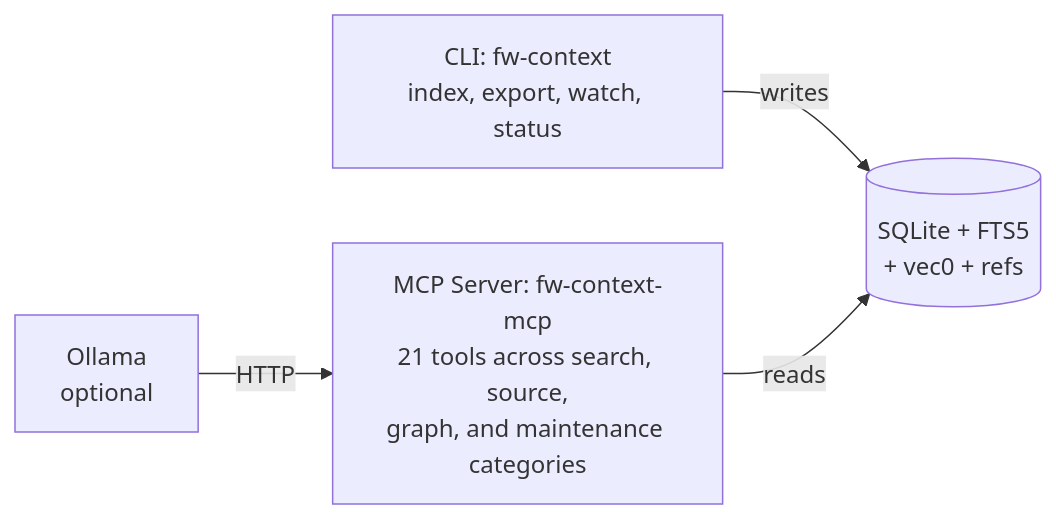
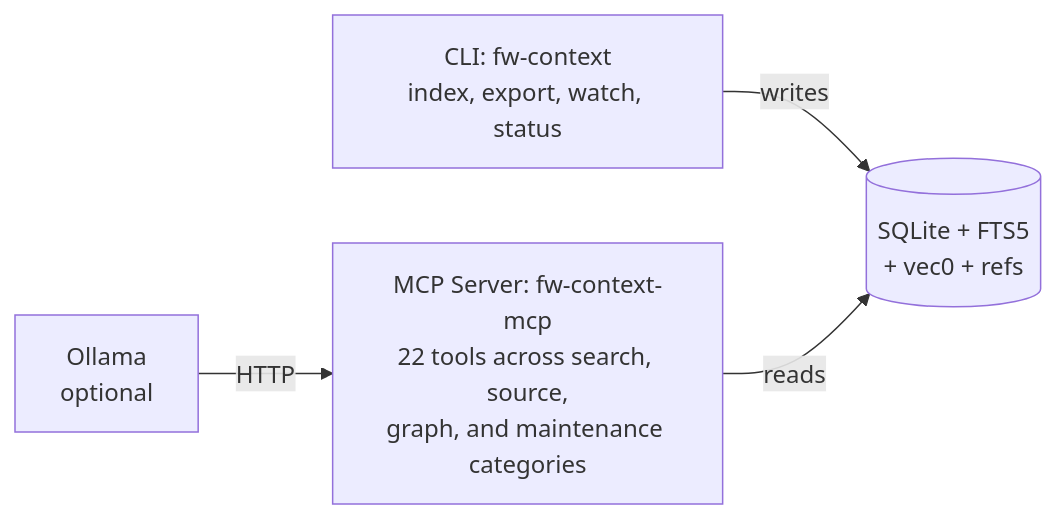
The second of 2 diagrams in README.md (turbyho/fw-context-mcp), drawn with Mermaid before and after one commit. The commit also changed other lines of this file and 9 other files, not shown here.

````diff
--- a/README.md
+++ b/README.md
@@ -162,11 +162,11 @@
 ```mermaid
 graph LR
     cli[CLI: fw-context<br/>index, export, watch, status]
-    server[MCP Server: fw-context-mcp<br/>21 tools across search, source,<br/>graph, and maintenance categories]
+    server[MCP Server: fw-context-mcp<br/>22 tools across search, source,<br/>graph, and maintenance categories]
     ollama[Ollama<br/>optional]
     db[(SQLite + FTS5<br/>+ vec0 + refs)]
 
     cli -->|writes| db
     server -->|reads| db
     ollama -->|HTTP| server
 ```
````
